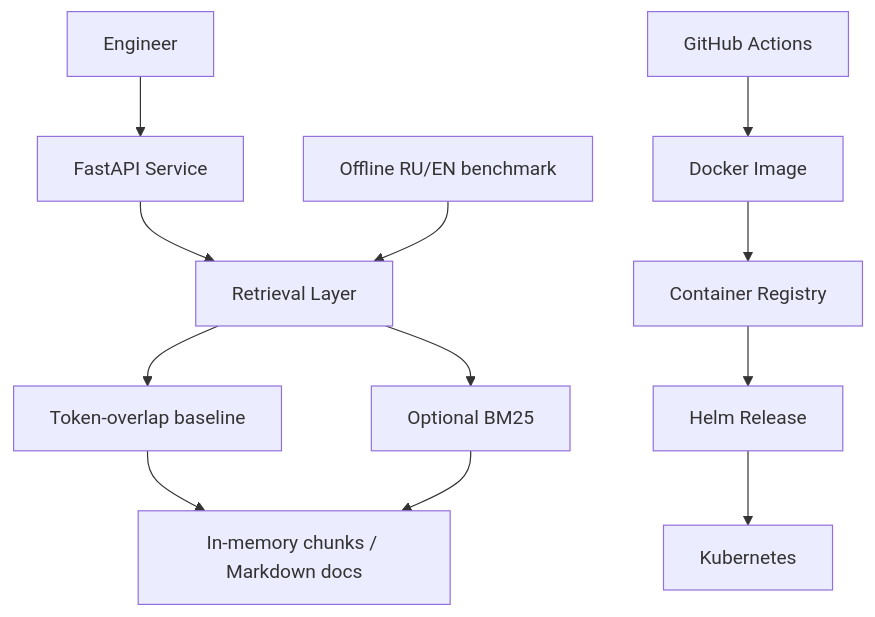
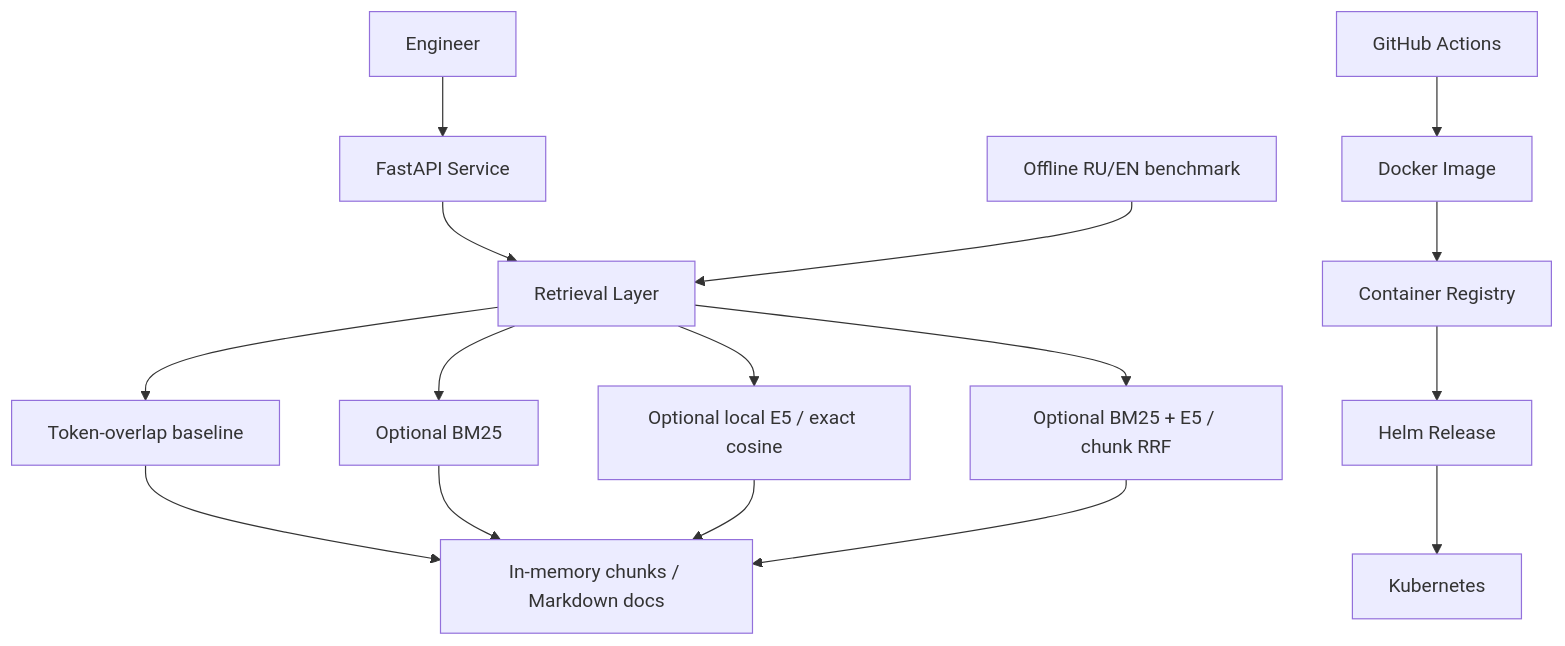
The diagram in docs/architecture.md (artsiomrudenia/infrastructure-rag), drawn with Mermaid before and after one commit. The commit also changed other lines of this file and 17 other files, not shown here.

Commit message:
semantic and hybrid search added

````diff
--- a/docs/architecture.md
+++ b/docs/architecture.md
@@ -3,14 +3,18 @@
 ```mermaid
 flowchart TB
     User[Engineer] --> Api[FastAPI Service]
     Api --> Retriever[Retrieval Layer]
     Retriever --> Baseline[Token-overlap baseline]
     Retriever --> BM25[Optional BM25]
+    Retriever --> Semantic[Optional local E5 / exact cosine]
+    Retriever --> Hybrid[Optional BM25 + E5 / chunk RRF]
     Baseline --> Store[In-memory chunks / Markdown docs]
     BM25 --> Store
+    Semantic --> Store
+    Hybrid --> Store
     Eval[Offline RU/EN benchmark] --> Retriever
     CI[GitHub Actions] --> Image[Docker Image]
     Image --> Registry[Container Registry]
     Registry --> Helm[Helm Release]
     Helm --> K8s[Kubernetes]
 ```
````
